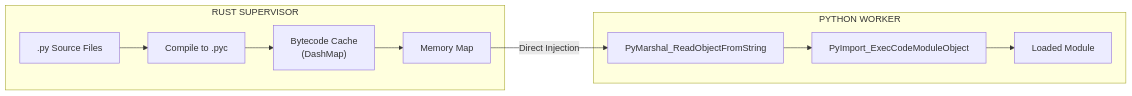
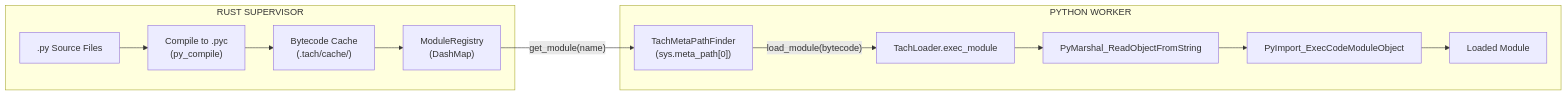
Before and after one commit to NikkeTryHard/tach-core: the third of 5 diagrams in README.md, drawn with Mermaid. The commit also changed other lines of this file, not shown here.

First line of the commit message:
docs: comprehensive README update with Phase 2 complete, Phase 3/4 roadmap

````diff
--- a/README.md
+++ b/README.md
@@ -156,19 +166,22 @@
 ```mermaid
 flowchart LR
     subgraph Rust["RUST SUPERVISOR"]
         Source[".py Source Files"]
-        Compile["Compile to .pyc"]
-        Cache["Bytecode Cache\n(DashMap)"]
-        Mmap["Memory Map"]
+        Compile["Compile to .pyc\n(py_compile)"]
+        Cache["Bytecode Cache\n(.tach/cache/)"]
+        Registry["ModuleRegistry\n(DashMap)"]
     end
 
     subgraph Python["PYTHON WORKER"]
+        Finder["TachMetaPathFinder\n(sys.meta_path[0])"]
+        Loader["TachLoader.exec_module"]
         Marshal["PyMarshal_ReadObjectFromString"]
         Exec["PyImport_ExecCodeModuleObject"]
         Module["Loaded Module"]
     end
 
-    Source --> Compile --> Cache --> Mmap
-    Mmap -->|"Direct Injection"| Marshal
-    Marshal --> Exec --> Module
+    Source --> Compile --> Cache --> Registry
+    Registry -->|"get_module(name)"| Finder
+    Finder -->|"load_module(bytecode)"| Loader
+    Loader --> Marshal --> Exec --> Module
 ```
````
